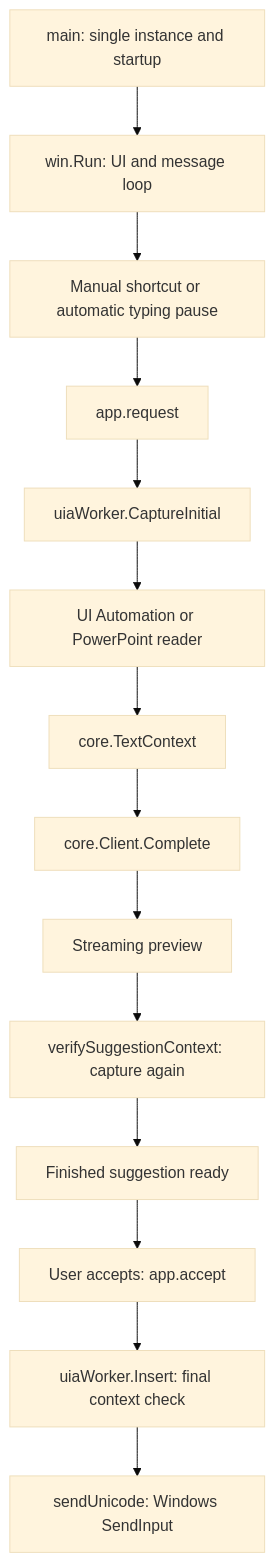
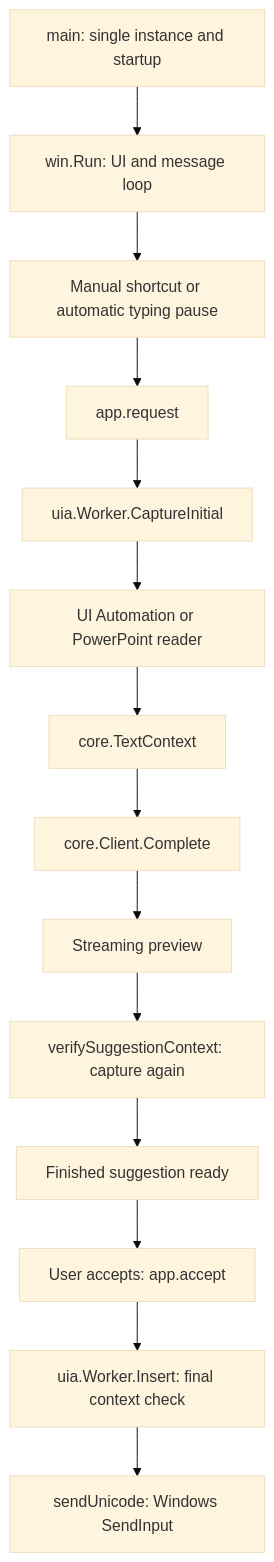
Before and after one commit to ZhengYeah/TypeNext: the diagram in docs/CODE_STRUCTURE.md, drawn with Mermaid (base theme). The commit also changed other lines of this file and 32 other files, not shown here.

````diff
--- a/docs/CODE_STRUCTURE.md
+++ b/docs/CODE_STRUCTURE.md
@@ -19,16 +21,16 @@
 ```mermaid
 flowchart TD
     Entry[main: single instance and startup] --> App[win.Run: UI and message loop]
     App --> Trigger[Manual shortcut or automatic typing pause]
     Trigger --> Request[app.request]
-    Request --> Capture[uiaWorker.CaptureInitial]
+    Request --> Capture[uia.Worker.CaptureInitial]
     Capture --> Reader[UI Automation or PowerPoint reader]
     Reader --> Snapshot[core.TextContext]
     Snapshot --> Model[core.Client.Complete]
     Model --> Preview[Streaming preview]
     Preview --> Verify[verifySuggestionContext: capture again]
     Verify --> Ready[Finished suggestion ready]
     Ready --> Accept[User accepts: app.accept]
-    Accept --> Insert[uiaWorker.Insert: final context check]
+    Accept --> Insert[uia.Worker.Insert: final context check]
     Insert --> Input[sendUnicode: Windows SendInput]
 ```
````
